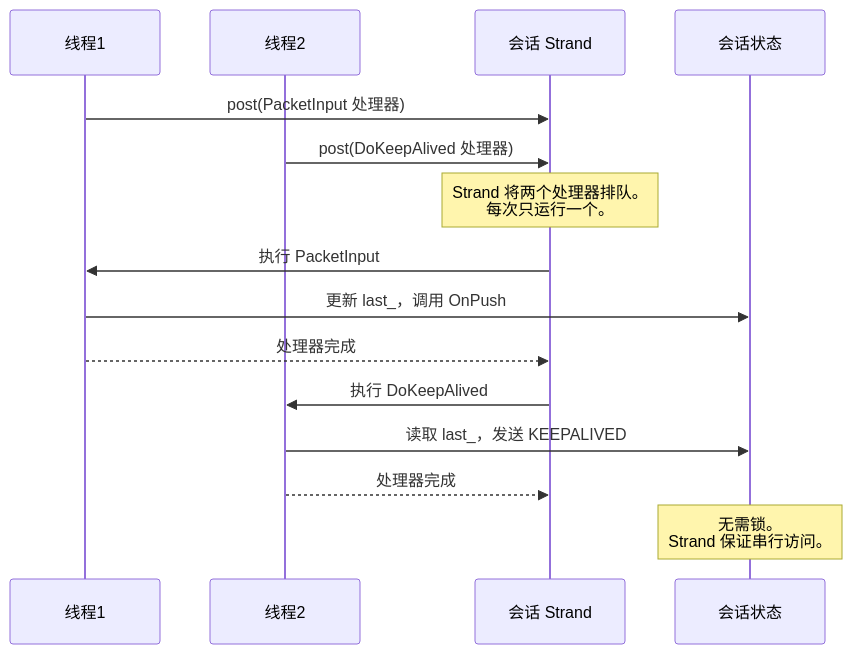
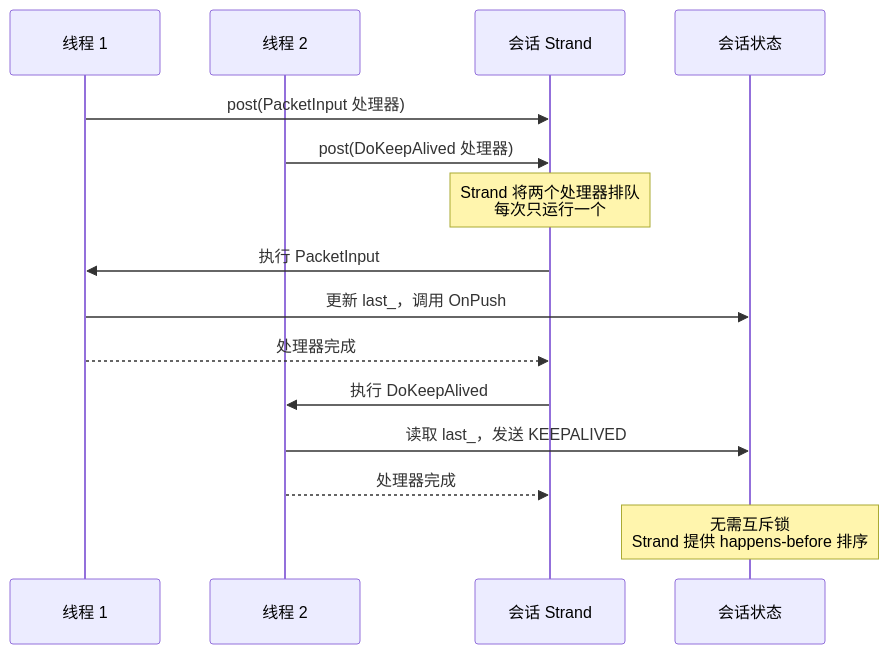
The tenth of 11 diagrams in docs/EDSM_STATE_MACHINES_CN.md (HyacinthHaru/openppp2), drawn with Mermaid before and after one commit. The commit also changed other lines of this file and 93 other files, not shown here.

````diff
--- a/docs/EDSM_STATE_MACHINES_CN.md
+++ b/docs/EDSM_STATE_MACHINES_CN.md
@@ -234,22 +341,22 @@
 ```mermaid
 sequenceDiagram
-    participant T1 as 线程1
-    participant T2 as 线程2
+    participant T1 as 线程 1
+    participant T2 as 线程 2
     participant Strand as 会话 Strand
     participant Session as 会话状态
 
     T1->>Strand: post(PacketInput 处理器)
     T2->>Strand: post(DoKeepAlived 处理器)
 
-    Note over Strand: Strand 将两个处理器排队。<br/>每次只运行一个。
+    Note over Strand: Strand 将两个处理器排队<br/>每次只运行一个
 
     Strand->>T1: 执行 PacketInput
     T1->>Session: 更新 last_，调用 OnPush
     T1-->>Strand: 处理器完成
 
     Strand->>T2: 执行 DoKeepAlived
     T2->>Session: 读取 last_，发送 KEEPALIVED
     T2-->>Strand: 处理器完成
 
-    Note over Session: 无需锁。<br/>Strand 保证串行访问。
+    Note over Session: 无需互斥锁<br/>Strand 提供 happens-before 排序
 ```
````
